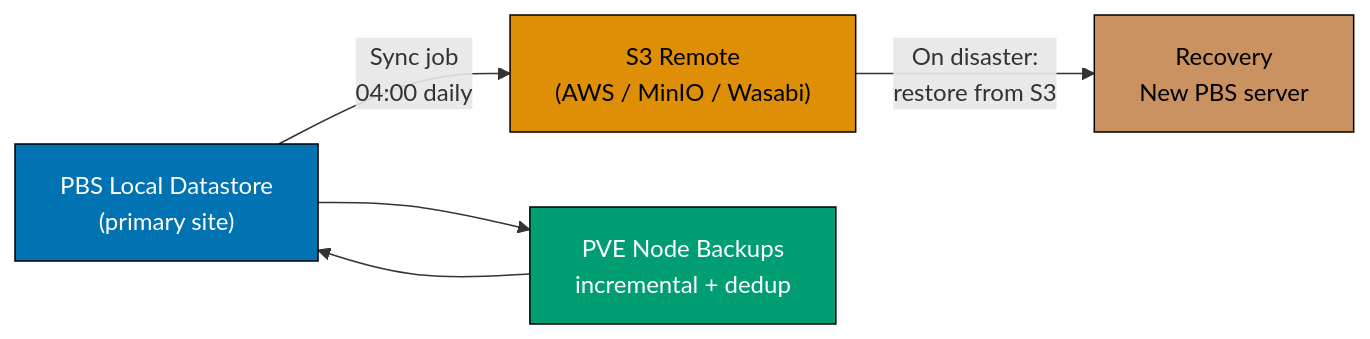
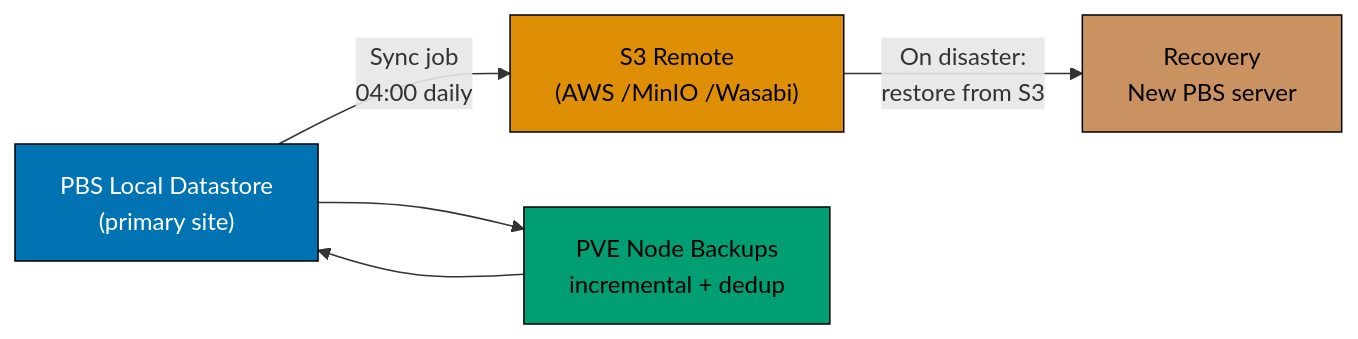
One commit to wahidyankf/ose-public changed the tenth of 12 diagrams in apps/ayokoding-www/content/en/learn/legacy/software-engineering/infrastructure/tools/proxmox/by-example/advanced.md. Above: the diagram before and after it, drawn with Mermaid. The commit also changed other lines of this file and 131 other files, not shown here.

First line of the commit message:
fix(mermaid): bring the legacy data, infrastructure, and testing diagrams onto the accessible palette

````diff
--- a/apps/ayokoding-www/content/en/learn/legacy/software-engineering/infrastructure/tools/proxmox/by-example/advanced.md
+++ b/apps/ayokoding-www/content/en/learn/legacy/software-engineering/infrastructure/tools/proxmox/by-example/advanced.md
@@ -2039,13 +2103,20 @@
 ```mermaid
 %% Color Palette: Blue #0173B2, Orange #DE8F05, Teal #029E73, Purple #CC78BC, Brown #CA9161
 graph LR
-    A["PBS Local Datastore<br/>(primary site)"] -->|"Sync job<br/>04:00 daily"| B["S3 Remote<br/>(AWS / MinIO / Wasabi)"]
+    accTitle: Example 82: Configure S3-Compatible Backup Target in PBS 4.2
+    accDescr: Graph with 4 nodes and 4 connections. Nodes: PBS Local Datastore (primary site), S3 Remote (AWS /MinIO /Wasabi), PVE Node Backups incremental + dedup, Recovery New PBS server. Connections: PBS Local Datastore (primary site) to S3 Remote (AWS /MinIO /Wasabi) (Sync job 04:00 daily), PBS Local Datastore (primary site) to PVE Node Backups incremental + dedup, PVE Node Backups incremental + dedup to PBS Local Datastore (primary site), S3 Remote (AWS /MinIO /Wasabi) to Recovery New PBS server (On disaster: restore from S3).
+    A["PBS Local Datastore<br/>(primary site)"] -->|"Sync job<br/>04:00 daily"| B["S3 Remote<br/>(AWS /MinIO /Wasabi)"]
     A --> C["PVE Node Backups<br/>incremental + dedup"]
     C --> A
     B -->|"On disaster:<br/>restore from S3"| D["Recovery<br/>New PBS server"]
 
-    style A fill:#0173B2,color:#fff,stroke:#000
-    style B fill:#DE8F05,color:#000,stroke:#000
-    style C fill:#029E73,color:#fff,stroke:#000
-    style D fill:#CA9161,color:#000,stroke:#000
+    classDef pal-0173B2 fill:#0173B2,stroke:#000000,color:#FFFFFF
+    class A pal-0173B2
+    classDef pal-DE8F05 fill:#DE8F05,stroke:#000000,color:#000000
+    class B pal-DE8F05
+    classDef pal-029E73 fill:#029E73,stroke:#000000,color:#000000
+    class C pal-029E73
+    classDef pal-CA9161 fill:#CA9161,stroke:#000000,color:#000000
+    class D pal-CA9161
+    classDef default fill:#FFFFFF,stroke:#000000,color:#000000
 ```
````
